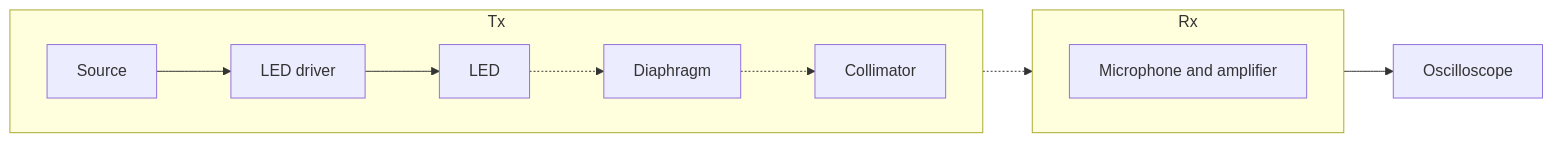
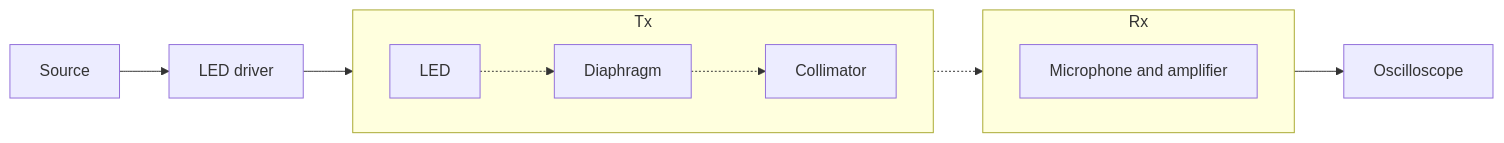
The first of 2 diagrams in docs/phase1/final-report.md (UCL-Photonics-Society/UCLightcommands), drawn with Mermaid before and after one commit. The commit also changed other lines of this file, not shown here.

Commit message:
fix: errors in final report

````diff
--- a/docs/phase1/final-report.md
+++ b/docs/phase1/final-report.md
@@ -71,16 +71,16 @@
 ```mermaid
 flowchart LR
+    Source --> LDR[LED driver]
+    LDR --> LED
     subgraph Tx
         direction LR
-        Source --> LDR[LED driver]
-        LDR --> LED
         LED[LED] -.-> DPG[Diaphragm]
         DPG -.-> COL[Collimator]
     end
     subgraph Rx
         direction LR
         MIC[Microphone and amplifier]
     end
     COL -.-> MIC
     MIC--> Oscilloscope
 ```
````
